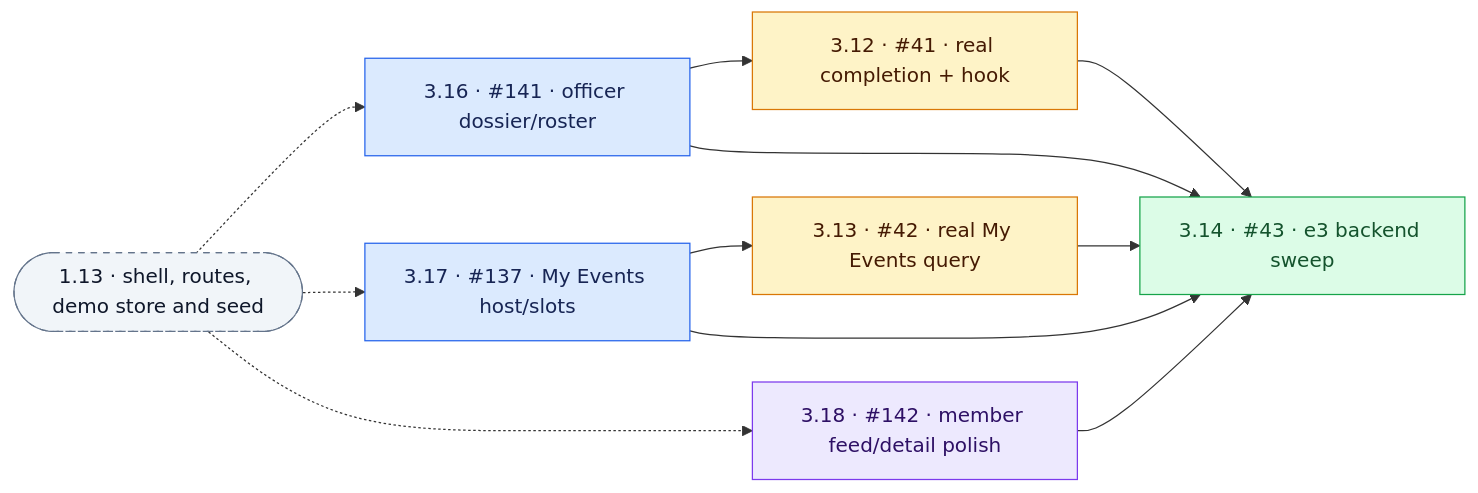
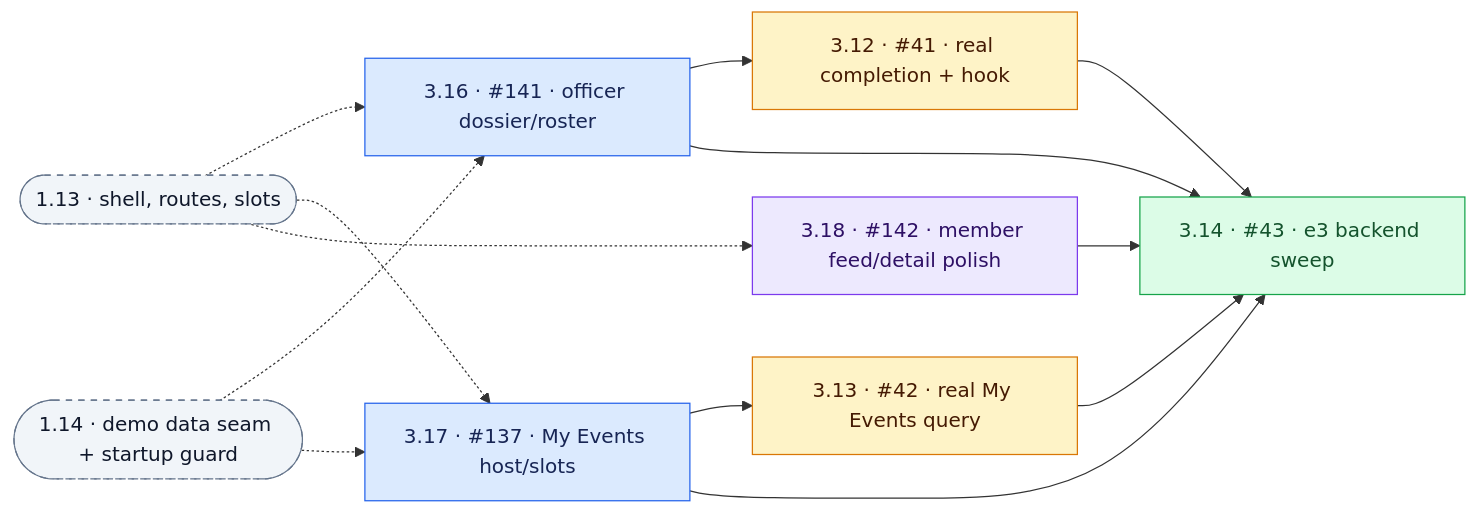
Before and after one commit to skaarfundgandr/attendta: the fifth of 10 diagrams in _bmad-output/initiative-attendta/dependency-graphs-demo-first.md, drawn with Mermaid. The commit also changed other lines of this file and 60 other files, not shown here.

````diff
--- a/_bmad-output/initiative-attendta/dependency-graphs-demo-first.md
+++ b/_bmad-output/initiative-attendta/dependency-graphs-demo-first.md
@@ -240,25 +262,28 @@
 ```mermaid
 flowchart LR
   t3_16["3.16 · #141 · officer dossier/roster"]:::critical
   t3_17["3.17 · #137 · My Events host/slots"]:::critical
   t3_18["3.18 · #142 · member feed/detail polish"]:::polish
   t3_13["3.13 · #42 · real My Events query"]:::integration
   t3_12["3.12 · #41 · real completion + hook"]:::integration
   t3_14["3.14 · #43 · e3 backend sweep"]:::finale
-  xt1_13(["1.13 · shell, routes, demo store and seed"]):::ext
+  xt1_13(["1.13 · shell, routes, slots"]):::ext
+  xt1_14(["1.14 · demo data seam + startup guard"]):::ext
   xt1_13 -.-> t3_16
   xt1_13 -.-> t3_17
   xt1_13 -.-> t3_18
+  xt1_14 -.-> t3_16
+  xt1_14 -.-> t3_17
   t3_16 --> t3_12
   t3_16 --> t3_14
   t3_17 --> t3_13
   t3_17 --> t3_14
   t3_18 --> t3_14
   t3_13 --> t3_14
   t3_12 --> t3_14
   classDef critical fill:#dbeafe,stroke:#2563eb,color:#172554
   classDef polish fill:#ede9fe,stroke:#7c3aed,color:#2e1065
   classDef integration fill:#fef3c7,stroke:#d97706,color:#451a03
   classDef finale fill:#dcfce7,stroke:#16a34a,color:#14532d
   classDef ext fill:#f1f5f9,stroke:#64748b,color:#0f172a,stroke-dasharray:5 5
 ```
````
